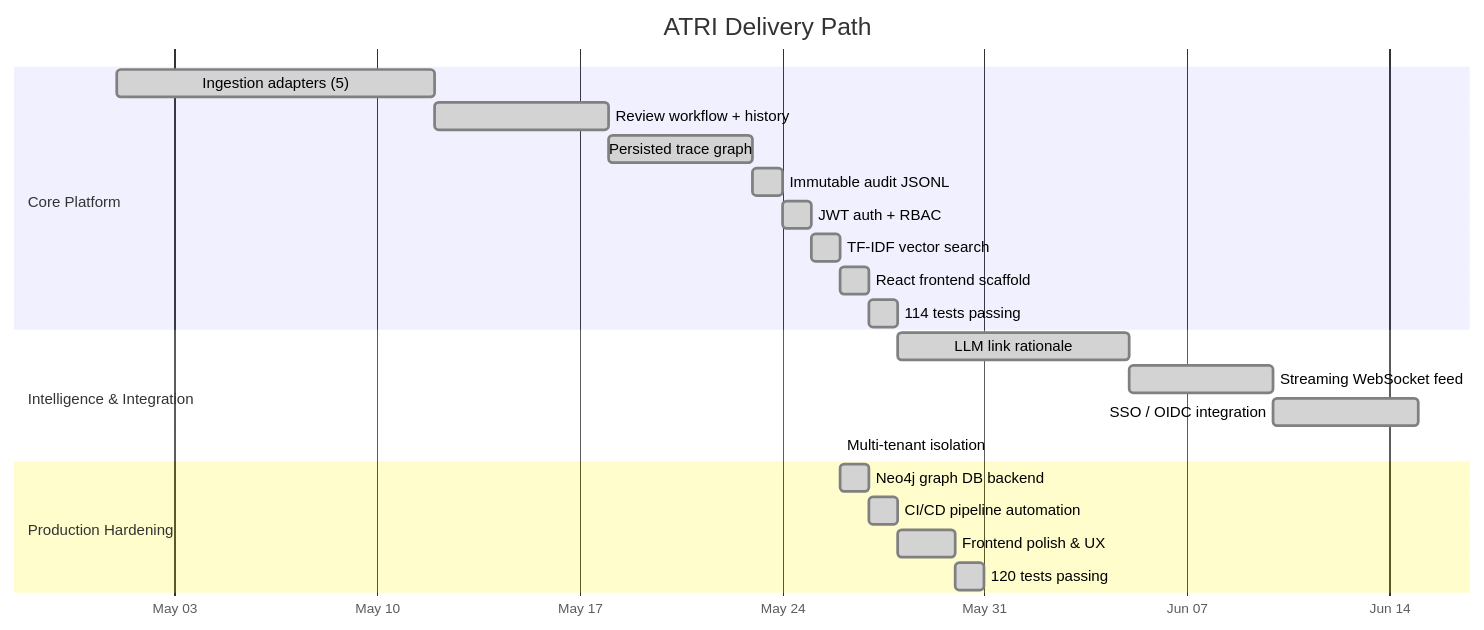
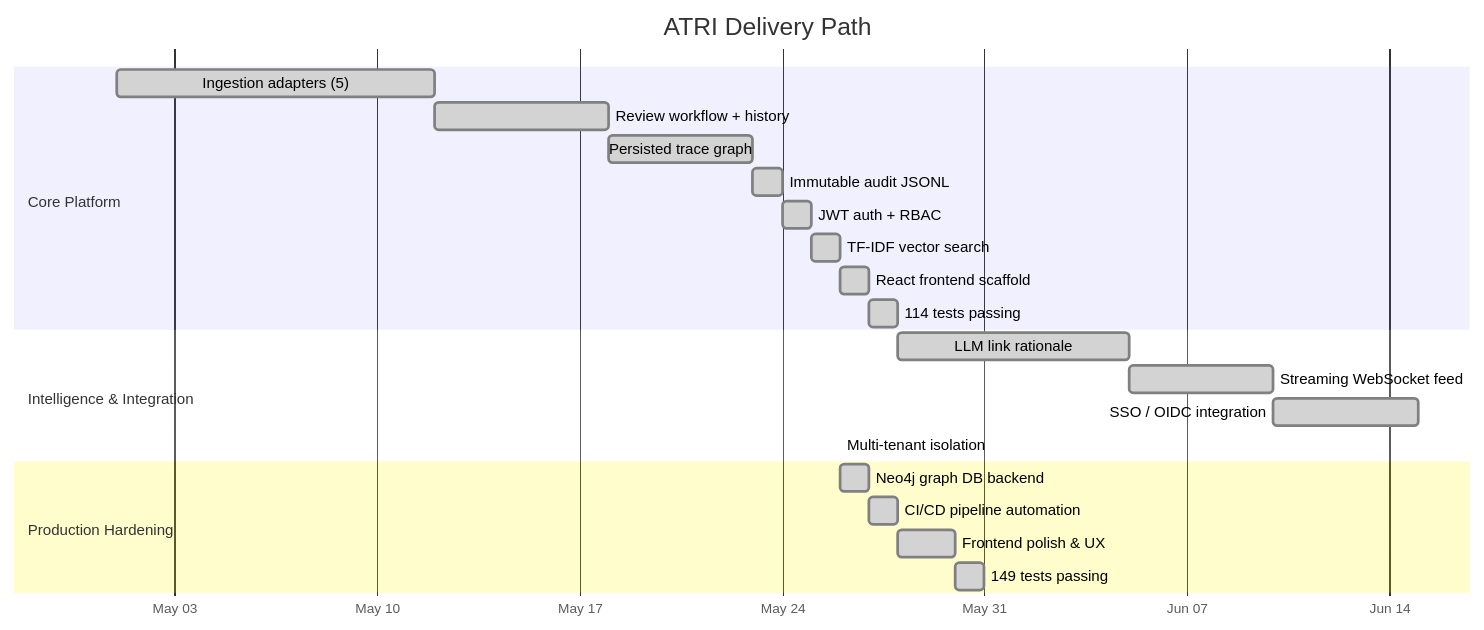
One commit to hkevin01/automated-traceability-requirements-intelligence changed the fifth of 5 diagrams in README.md. Above: the diagram before and after it, drawn with Mermaid. The commit also changed other lines of this file and 6 other files, not shown here.

Commit message:
feat: update README and roadmap with completed epics, enhance tests for compliance reporting and webhook notifications

````diff
--- a/README.md
+++ b/README.md
@@ -603,25 +603,25 @@
 ```mermaid
 gantt
     title ATRI Delivery Path
     dateFormat  YYYY-MM-DD
     axisFormat  %b %d
     section Core Platform
     Ingestion adapters (5)       :done,    ingest,    2026-05-01, 2026-05-12
     Review workflow + history    :done,    review,    2026-05-12, 2026-05-18
     Persisted trace graph        :done,    graph,     2026-05-18, 2026-05-23
     Immutable audit JSONL        :done,    audit,     2026-05-23, 2026-05-24
     JWT auth + RBAC              :done,    auth,      2026-05-24, 2026-05-25
     TF-IDF vector search         :done,    vector,    2026-05-25, 2026-05-26
     React frontend scaffold      :done,    react,     2026-05-26, 2026-05-27
     114 tests passing            :done,    tests,     2026-05-27, 2026-05-28
     section Intelligence & Integration
     LLM link rationale           :done,    llm,       2026-05-28, 2026-06-05
     Streaming WebSocket feed     :done,    ws,        2026-06-05, 2026-06-10
     SSO / OIDC integration       :done,    sso,       2026-06-10, 2026-06-15
     Multi-tenant isolation       :done,    mt,        2026-06-15, 2026-05-26
     section Production Hardening
     Neo4j graph DB backend       :done,    neo4j,     2026-05-26, 2026-05-27
     CI/CD pipeline automation    :done,    cicd,      2026-05-27, 2026-05-28
     Frontend polish & UX         :done,    ux,        2026-05-28, 2026-05-30
-    120 tests passing            :done,    tests2,    2026-05-30, 2026-05-31
+    149 tests passing            :done,    tests2,    2026-05-30, 2026-05-31
 ```
````
